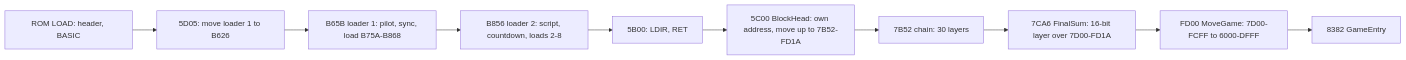
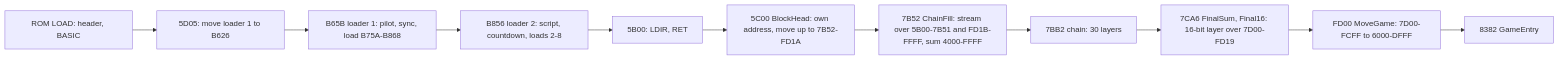
One commit to alfishe/unrealng-reverse-cases changed the first of 7 diagrams in games/deflektor/docs/03-build-and-load.md. Above: the diagram before and after it, drawn with Mermaid. The commit also changed other lines of this file and 34 other files, not shown here.

````diff
--- a/games/deflektor/docs/03-build-and-load.md
+++ b/games/deflektor/docs/03-build-and-load.md
@@ -52,12 +53,13 @@
 ```mermaid
 flowchart LR
     T0[ROM LOAD: header, BASIC] --> S0[5D05: move loader 1 to B626]
     S0 --> S1[B65B loader 1: pilot, sync, load B75A-B868]
     S1 --> S2[B856 loader 2: script, countdown, loads 2-8]
     S2 --> S3[5B00: LDIR, RET]
     S3 --> S4[5C00 BlockHead: own address, move up to 7B52-FD1A]
-    S4 --> S5[7B52 chain: 30 layers]
-    S5 --> S6[7CA6 FinalSum: 16-bit layer over 7D00-FD1A]
+    S4 --> SF[7B52 ChainFill: stream over 5B00-7B51 and FD1B-FFFF, sum 4000-FFFF]
+    SF --> S5[7BB2 chain: 30 layers]
+    S5 --> S6[7CA6 FinalSum, Final16: 16-bit layer over 7D00-FD19]
     S6 --> S7[FD00 MoveGame: 7D00-FCFF to 6000-DFFF]
     S7 --> G[8382 GameEntry]
 ```
````
